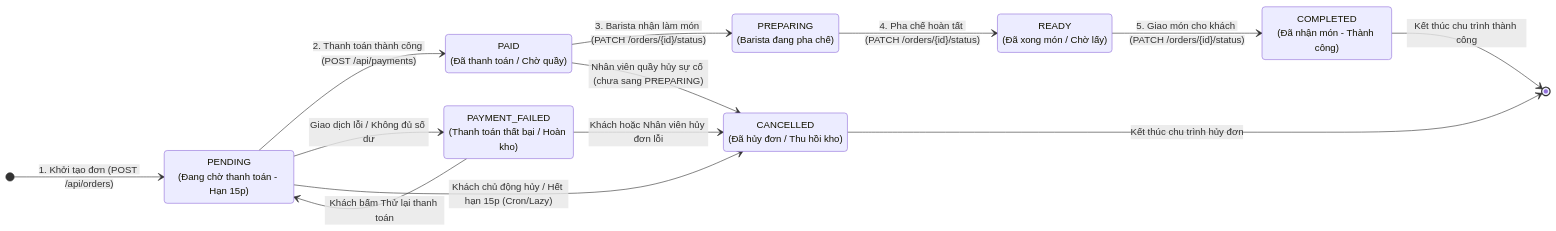
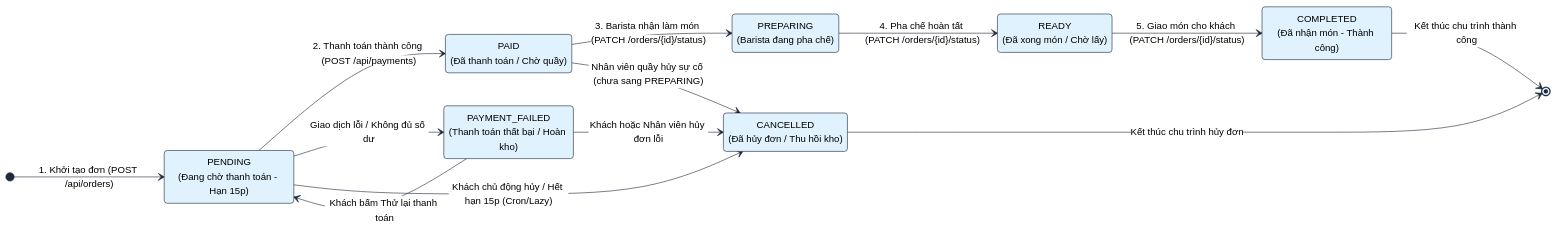
Before and after one commit to ThuanTran260/CNPM-BrewLite: diagram 11 of 11 in docs/SYSTEM_ARCHITECTURE_DIAGRAMS.md, drawn with Mermaid. The commit also changed other lines of this file and 27 other files, not shown here.

Commit message:
docs: standardize diagrams with high contrast black text, add 2-tier use case models, svg vector exports and drawio guide

````diff
--- a/docs/SYSTEM_ARCHITECTURE_DIAGRAMS.md
+++ b/docs/SYSTEM_ARCHITECTURE_DIAGRAMS.md
@@ -853,41 +1147,54 @@
 ```mermaid
+%%{init: {
+  'theme': 'base',
+  'themeVariables': {
+    'primaryColor': '#e0f2fe',
+    'primaryTextColor': '#000000',
+    'primaryBorderColor': '#1e293b',
+    'lineColor': '#1e293b',
+    'secondaryColor': '#fef3c7',
+    'tertiaryColor': '#ffffff',
+    'edgeLabelBackground':'#ffffff',
+    'fontFamily': 'Segoe UI, Arial, sans-serif'
+  }
+}}%%
 stateDiagram-v2
     direction LR
 
     [*] --> PENDING : 1. Khởi tạo đơn (POST /api/orders)
 
     state "PENDING<br>(Đang chờ thanh toán - Hạn 15p)" as PENDING
     state "PAYMENT_FAILED<br>(Thanh toán thất bại / Hoàn kho)" as PAYMENT_FAILED
     state "PAID<br>(Đã thanh toán / Chờ quầy)" as PAID
     state "PREPARING<br>(Barista đang pha chế)" as PREPARING
     state "READY<br>(Đã xong món / Chờ lấy)" as READY
     state "COMPLETED<br>(Đã nhận món - Thành công)" as COMPLETED
     state "CANCELLED<br>(Đã hủy đơn / Thu hồi kho)" as CANCELLED
 
     %% Luồng chuyển tiếp chuẩn (Happy Path)
     PENDING --> PAID : 2. Thanh toán thành công (POST /api/payments)
     PAID --> PREPARING : 3. Barista nhận làm món (PATCH /orders/{id}/status)
     PREPARING --> READY : 4. Pha chế hoàn tất (PATCH /orders/{id}/status)
     READY --> COMPLETED : 5. Giao món cho khách (PATCH /orders/{id}/status)
     COMPLETED --> [*] : Kết thúc chu trình thành công
 
     %% Nhánh xử lý lỗi thanh toán
     PENDING --> PAYMENT_FAILED : Giao dịch lỗi / Không đủ số dư
     PAYMENT_FAILED --> PENDING : Khách bấm Thử lại thanh toán
 
     %% Nhánh hủy đơn và hoàn trả kho
     PENDING --> CANCELLED : Khách chủ động hủy / Hết hạn 15p (Cron/Lazy)
     PAYMENT_FAILED --> CANCELLED : Khách hoặc Nhân viên hủy đơn lỗi
     PAID --> CANCELLED : Nhân viên quầy hủy sự cố (chưa sang PREPARING)
     CANCELLED --> [*] : Kết thúc chu trình hủy đơn
 
-    classDef successState fill:#d4edda,stroke:#28a745,color:#155724,stroke-width:2px;
-    classDef failedState fill:#f8d7da,stroke:#dc3545,color:#721c24,stroke-width:2px;
-    classDef cancelState fill:#e2e3e5,stroke:#6c757d,color:#383d41,stroke-width:2px;
-    classDef activeState fill:#cce5ff,stroke:#004085,color:#004085,stroke-width:2px;
+    classDef successState fill:#dcfce7,stroke:#1e293b,color:#000000,stroke-width:2px;
+    classDef failedState fill:#fee2e2,stroke:#1e293b,color:#000000,stroke-width:2px;
+    classDef cancelState fill:#f1f5f9,stroke:#1e293b,color:#000000,stroke-width:2px;
+    classDef activeState fill:#e0f2fe,stroke:#1e293b,color:#000000,stroke-width:2px;
 
     class PENDING,PAID,PREPARING,READY activeState;
     class COMPLETED successState;
     class PAYMENT_FAILED failedState;
     class CANCELLED cancelState;
 ```
````
